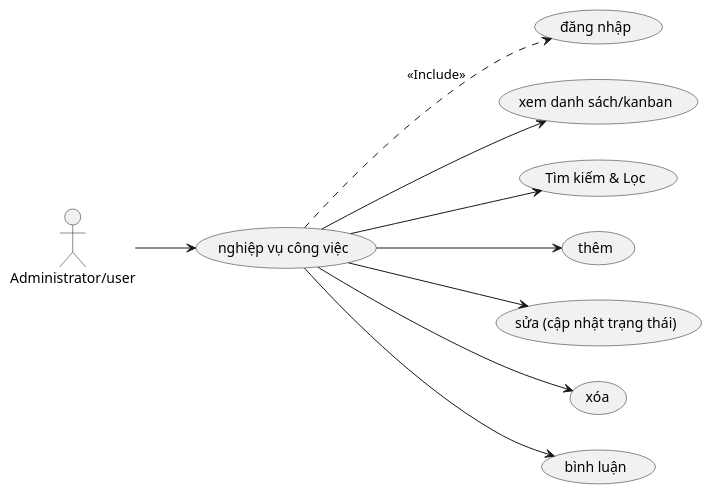
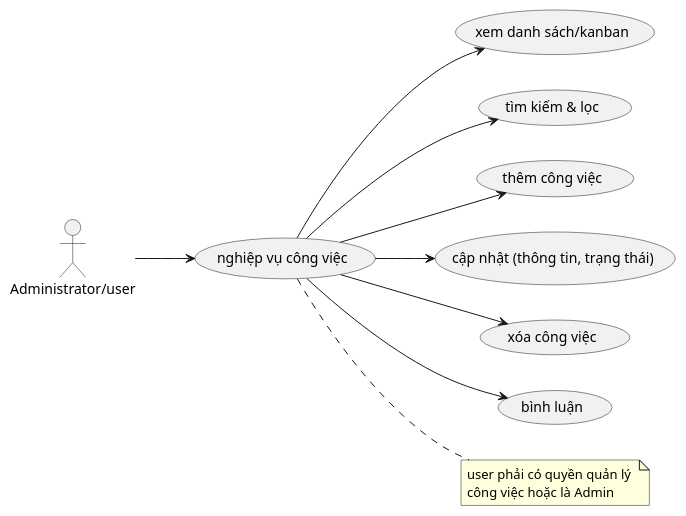
The diagram in docs/use-cases/12_quan_ly_cong_viec.md (docuong039/worksphere), drawn with PlantUML before and after one commit. The commit also changed other lines of this file and 26 other files, not shown here.

Commit message:
update diagram

````diff
--- a/docs/use-cases/12_quan_ly_cong_viec.md
+++ b/docs/use-cases/12_quan_ly_cong_viec.md
@@ -5,29 +5,30 @@
 ```plantuml
 @startuml
 left to right direction
 actor "Administrator/user" as User
 
-usecase "đăng nhập" as UC_Login
 usecase "nghiệp vụ công việc" as UC_ManageTask
 
 ' Các use case con
 usecase "xem danh sách/kanban" as UC01
-usecase "Tìm kiếm & Lọc" as UC02
-usecase "thêm" as UC03
-usecase "sửa (cập nhật trạng thái)" as UC04
-usecase "xóa" as UC05
+usecase "tìm kiếm & lọc" as UC02
+usecase "thêm công việc" as UC03
+usecase "cập nhật (thông tin, trạng thái)" as UC04
+usecase "xóa công việc" as UC05
 usecase "bình luận" as UC06
 
+' Note
+note "user phải có quyền quản lý \ncông việc hoặc là Admin" as N1
+
 User --> UC_ManageTask
+UC_ManageTask .. N1
 
 UC_ManageTask --> UC01
 UC_ManageTask --> UC02
 UC_ManageTask --> UC03
 UC_ManageTask --> UC04
 UC_ManageTask --> UC05
 UC_ManageTask --> UC06
 
-UC_ManageTask ..> UC_Login : <<Include>>
-
 @enduml
 ```
````
